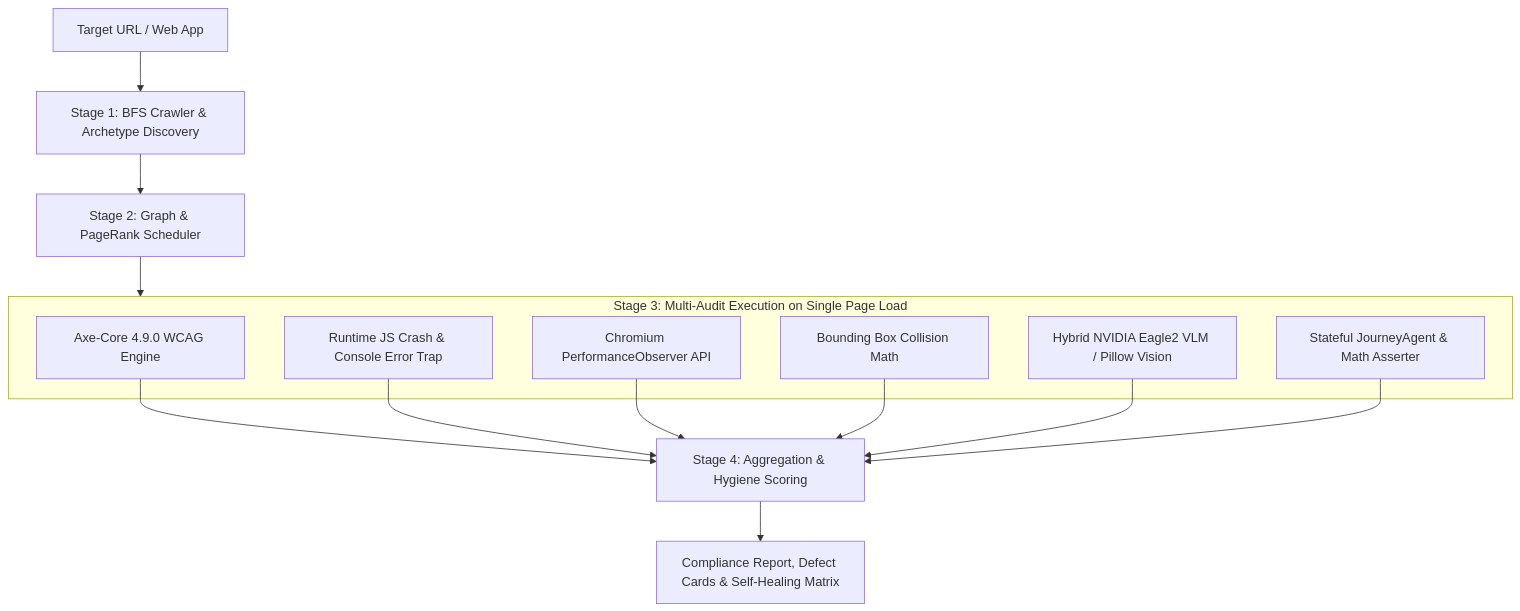
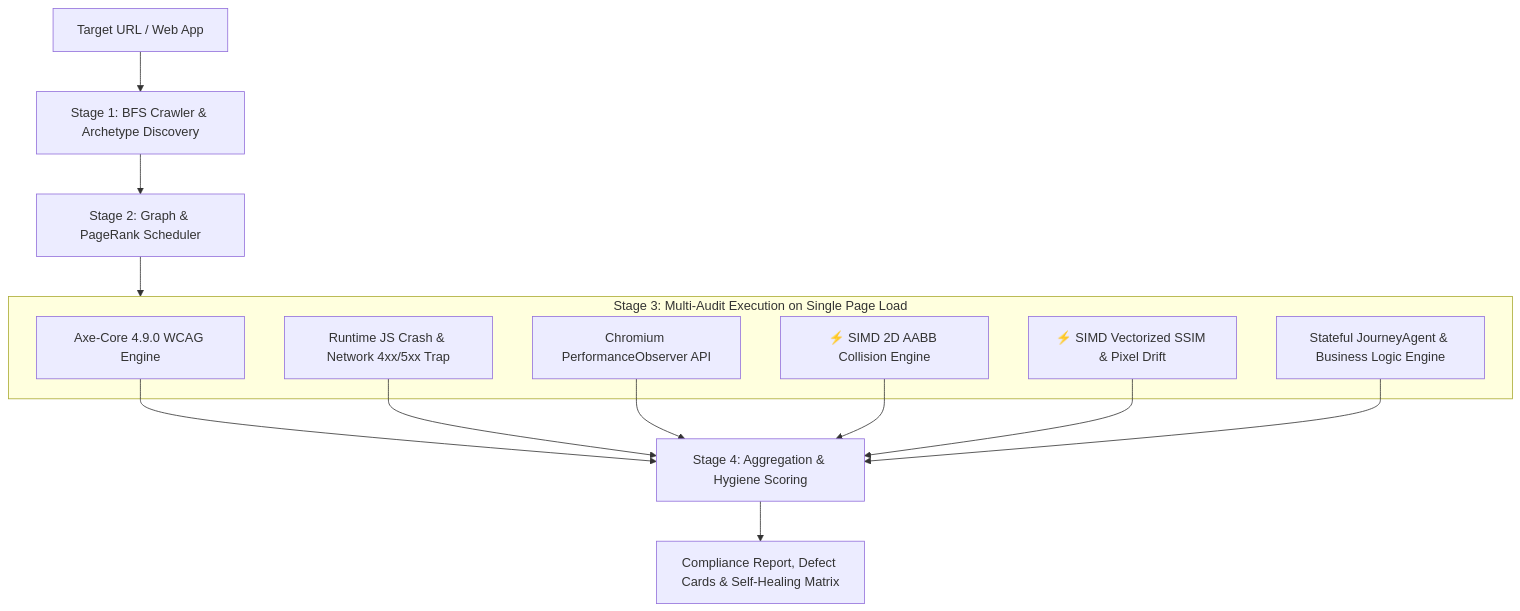
The first of 9 diagrams in README.md (rohith2157/BUGZERO), drawn with Mermaid before and after one commit. The commit also changed other lines of this file and 13 other files, not shown here.

Commit message:
feat: implement SIMD-accelerated vision and collision engines with NumPy-based vectorization for performance optimization

````diff
--- a/README.md
+++ b/README.md
@@ -51,23 +51,23 @@
 ```mermaid
 flowchart TD
     A[Target URL / Web App] --> B[Stage 1: BFS Crawler & Archetype Discovery]
     B --> C[Stage 2: Graph & PageRank Scheduler]
     C --> D[Stage 3: Single-Navigation Multi-Audit Engine]
   
     subgraph D [Stage 3: Multi-Audit Execution on Single Page Load]
         D1[Axe-Core 4.9.0 WCAG Engine]
-        D2[Runtime JS Crash & Console Error Trap]
+        D2[Runtime JS Crash & Network 4xx/5xx Trap]
         D3[Chromium PerformanceObserver API]
-        D4[Bounding Box Collision Math]
-        D5[Hybrid NVIDIA Eagle2 VLM / Pillow Vision]
-        D6[Stateful JourneyAgent & Math Asserter]
+        D4[⚡ SIMD 2D AABB Collision Engine]
+        D5[⚡ SIMD Vectorized SSIM & Pixel Drift]
+        D6[Stateful JourneyAgent & Business Logic Engine]
     end
   
     D1 --> E[Stage 4: Aggregation & Hygiene Scoring]
     D2 --> E
     D3 --> E
     D4 --> E
     D5 --> E
     D6 --> E
     E --> F[Compliance Report, Defect Cards & Self-Healing Matrix]
 ```
````
